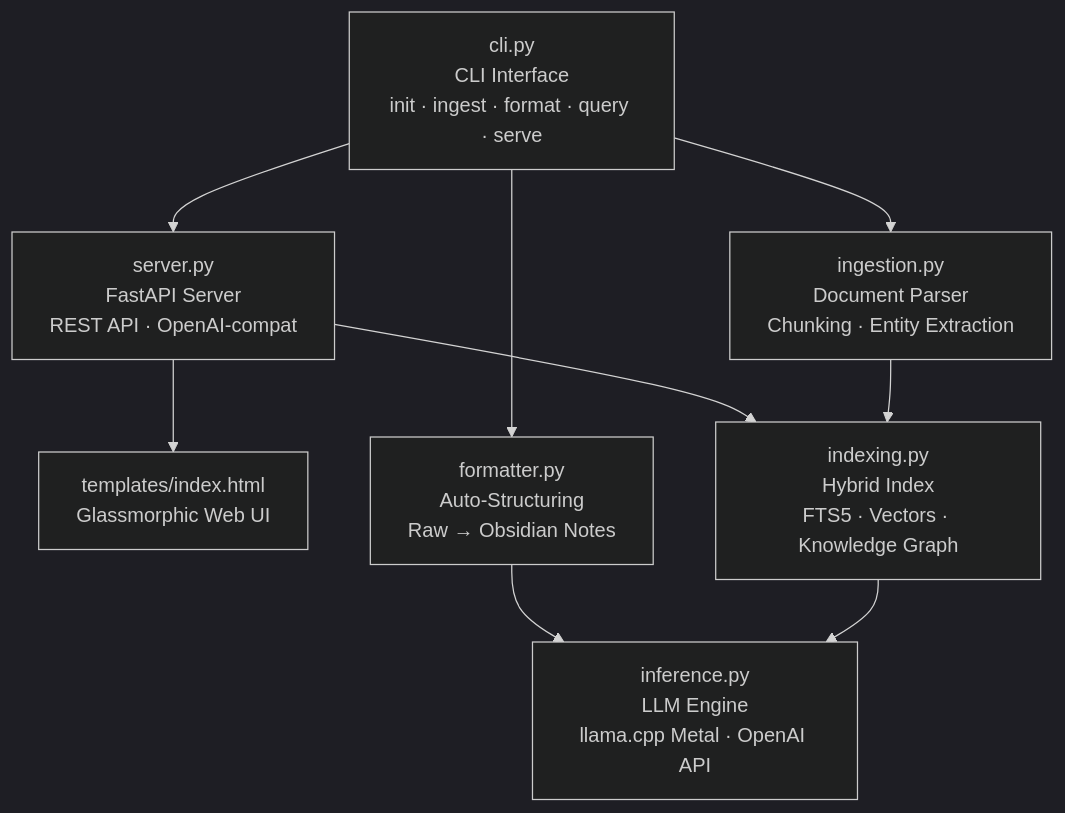
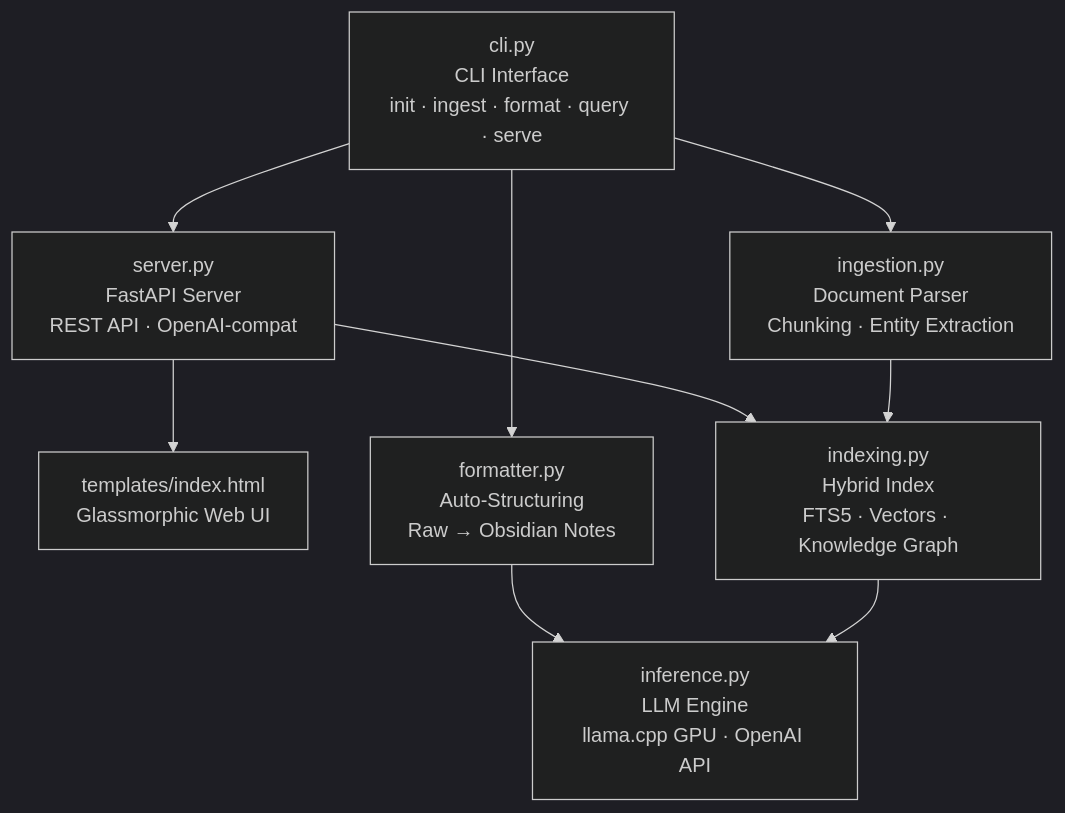
Before and after one commit to Gekvhm/VaultMind: the diagram in README.md, drawn with Mermaid (dark theme). The commit also changed other lines of this file and 8 other files, not shown here.

First line of the commit message:
feat: multi-GPU support — CUDA, Metal, ROCm

````diff
--- a/README.md
+++ b/README.md
@@ -31,19 +31,19 @@
 ```mermaid
 graph TD
     CLI["cli.py<br/>CLI Interface<br/>init · ingest · format · query · serve"]
     SRV["server.py<br/>FastAPI Server<br/>REST API · OpenAI-compat"]
     UI["templates/index.html<br/>Glassmorphic Web UI"]
     ING["ingestion.py<br/>Document Parser<br/>Chunking · Entity Extraction"]
     FMT["formatter.py<br/>Auto-Structuring<br/>Raw → Obsidian Notes"]
     IDX["indexing.py<br/>Hybrid Index<br/>FTS5 · Vectors · Knowledge Graph"]
-    INF["inference.py<br/>LLM Engine<br/>llama.cpp Metal · OpenAI API"]
+    INF["inference.py<br/>LLM Engine<br/>llama.cpp GPU · OpenAI API"]
 
     CLI --> ING
     CLI --> FMT
     CLI --> SRV
     SRV --> UI
     SRV --> IDX
     ING --> IDX
     FMT --> INF
     IDX --> INF
 ```
````
